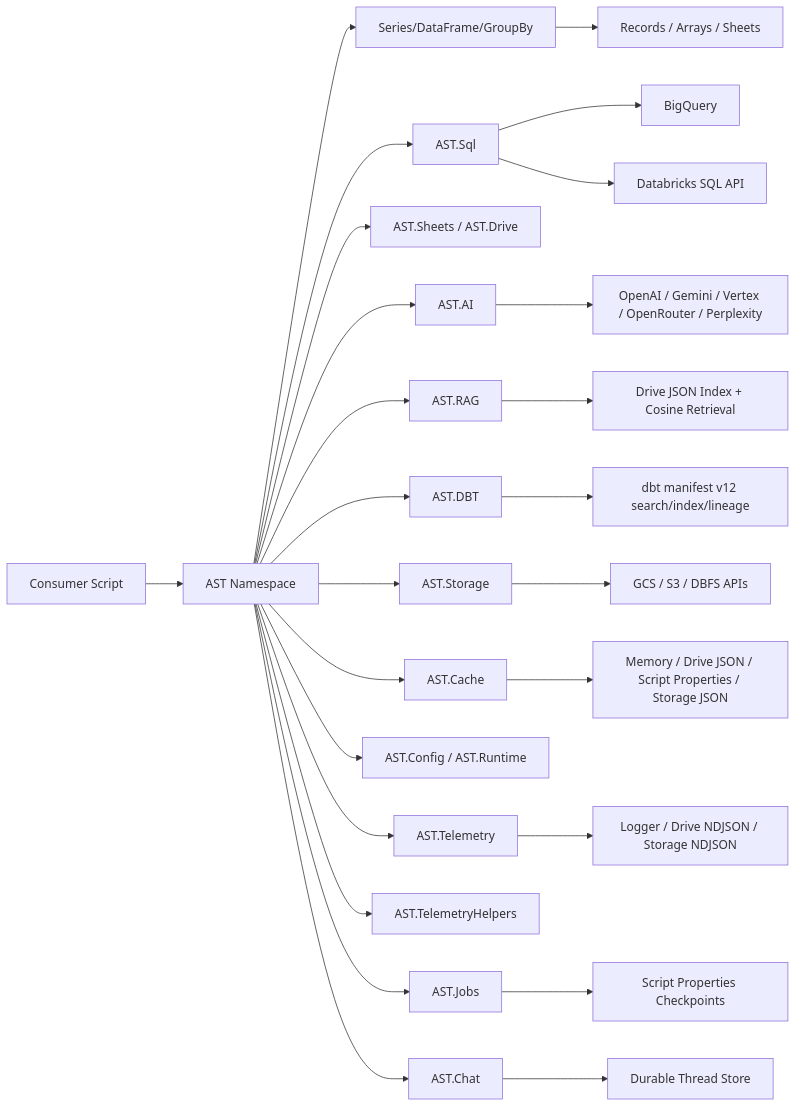
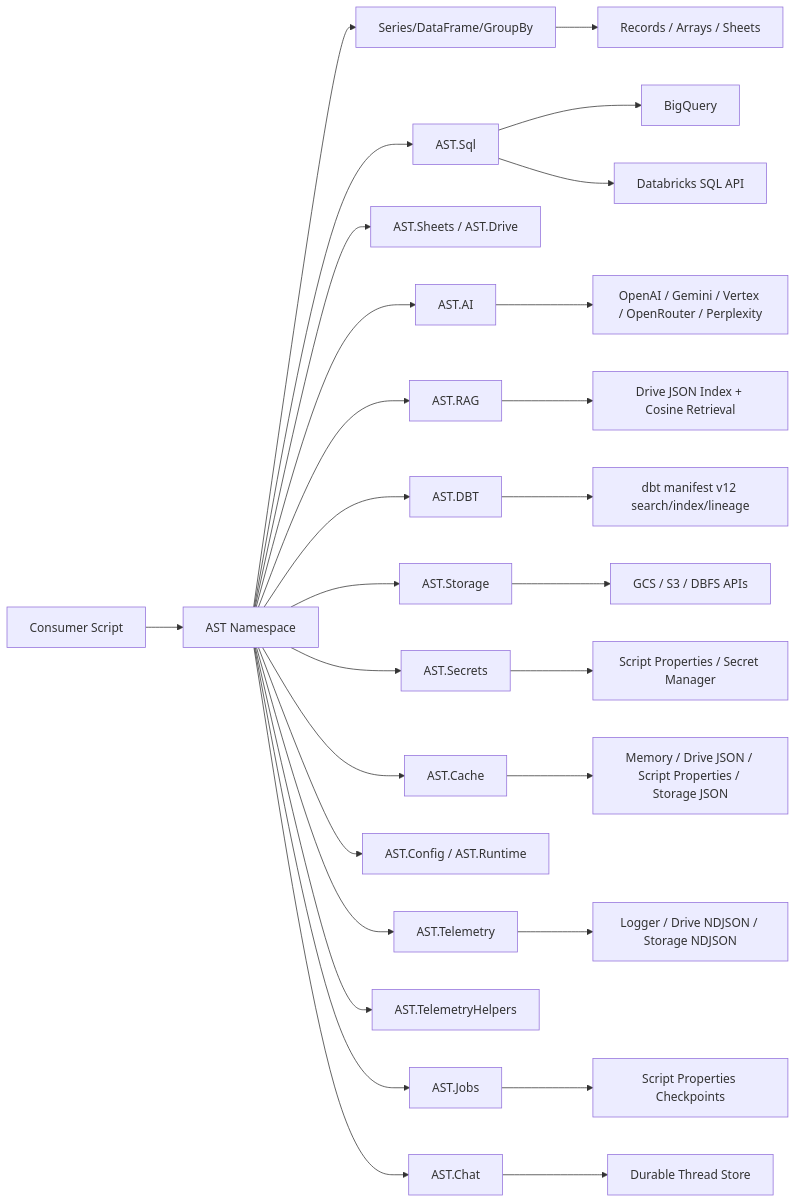
The diagram in docs/index.md (joe-broadhead/apps-script-tools), drawn with Mermaid before and after one commit. The commit also changed other lines of this file and 29 other files, not shown here.

Commit message:
feat(secrets): add AST.Secrets namespace and provider hooks

````diff
--- a/docs/index.md
+++ b/docs/index.md
@@ -36,28 +37,30 @@
 ```mermaid
 flowchart LR
     A[Consumer Script] --> B[AST Namespace]
     B --> C[Series/DataFrame/GroupBy]
     B --> D[AST.Sql]
     B --> E[AST.Sheets / AST.Drive]
     B --> I[AST.AI]
     B --> K[AST.RAG]
     B --> Y[AST.DBT]
     B --> M[AST.Storage]
+    B --> AA[AST.Secrets]
     B --> Q[AST.Cache]
     B --> S[AST.Config / AST.Runtime]
     B --> O[AST.Telemetry]
     B --> V[AST.TelemetryHelpers]
     B --> T[AST.Jobs]
     B --> W[AST.Chat]
     D --> F[BigQuery]
     D --> G[Databricks SQL API]
     I --> J[OpenAI / Gemini / Vertex / OpenRouter / Perplexity]
     K --> L[Drive JSON Index + Cosine Retrieval]
     Y --> Z[dbt manifest v12 search/index/lineage]
     M --> N[GCS / S3 / DBFS APIs]
+    AA --> AB["Script Properties / Secret Manager"]
     Q --> R["Memory / Drive JSON / Script Properties / Storage JSON"]
     O --> P[Logger / Drive NDJSON / Storage NDJSON]
     T --> U["Script Properties Checkpoints"]
     W --> X["Durable Thread Store"]
     C --> H[Records / Arrays / Sheets]
 ```
````
